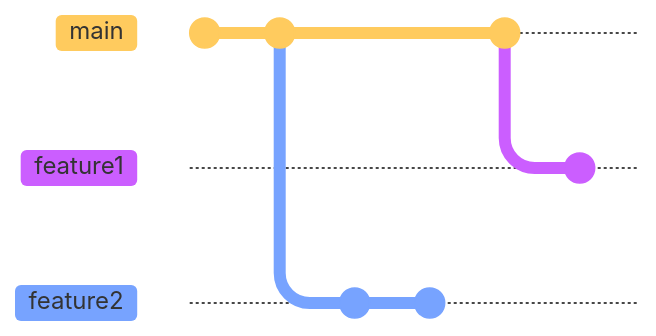
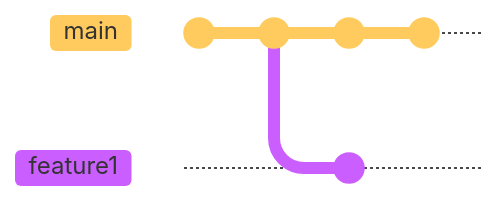
Before and after one commit to mikelorant/from-ticket-to-pull-request: the fifth of 6 diagrams in pages/do-the-change.md, drawn with Mermaid. The commit also changed other lines of this file and 2 other files, not shown here. Commit ids are hidden.

First line of the commit message:
Simplify process for new commits

````diff
--- a/pages/do-the-change.md
+++ b/pages/do-the-change.md
@@ -198,14 +197,12 @@
 ```mermaid {scale: 0.8}
-%%{init: {'theme': 'base', 'gitGraph': {'showCommitLabel': false}} }%%
+%%{init: {'theme': 'base', 'gitGraph': {'showCommitLabel': false, 'parallelCommits': true}} }%%
+
 gitGraph
   commit
   commit
-  branch feature2 order: 3
-  commit
+  branch feature1
   commit
   checkout main
   commit
-  branch feature1
   commit
-
 ```
````
